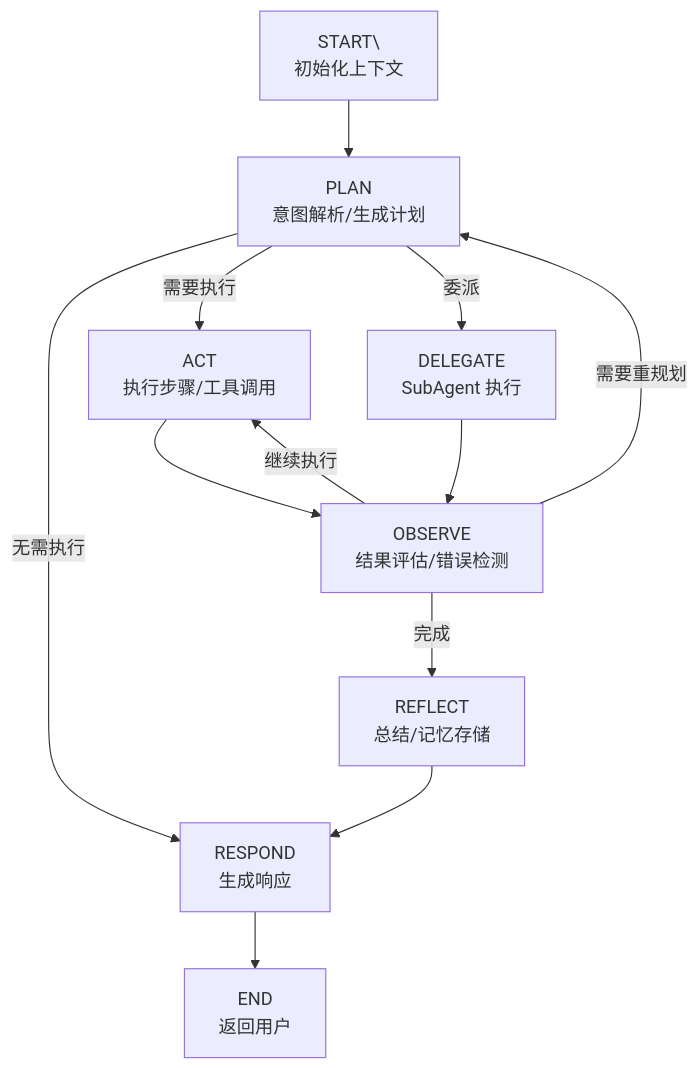
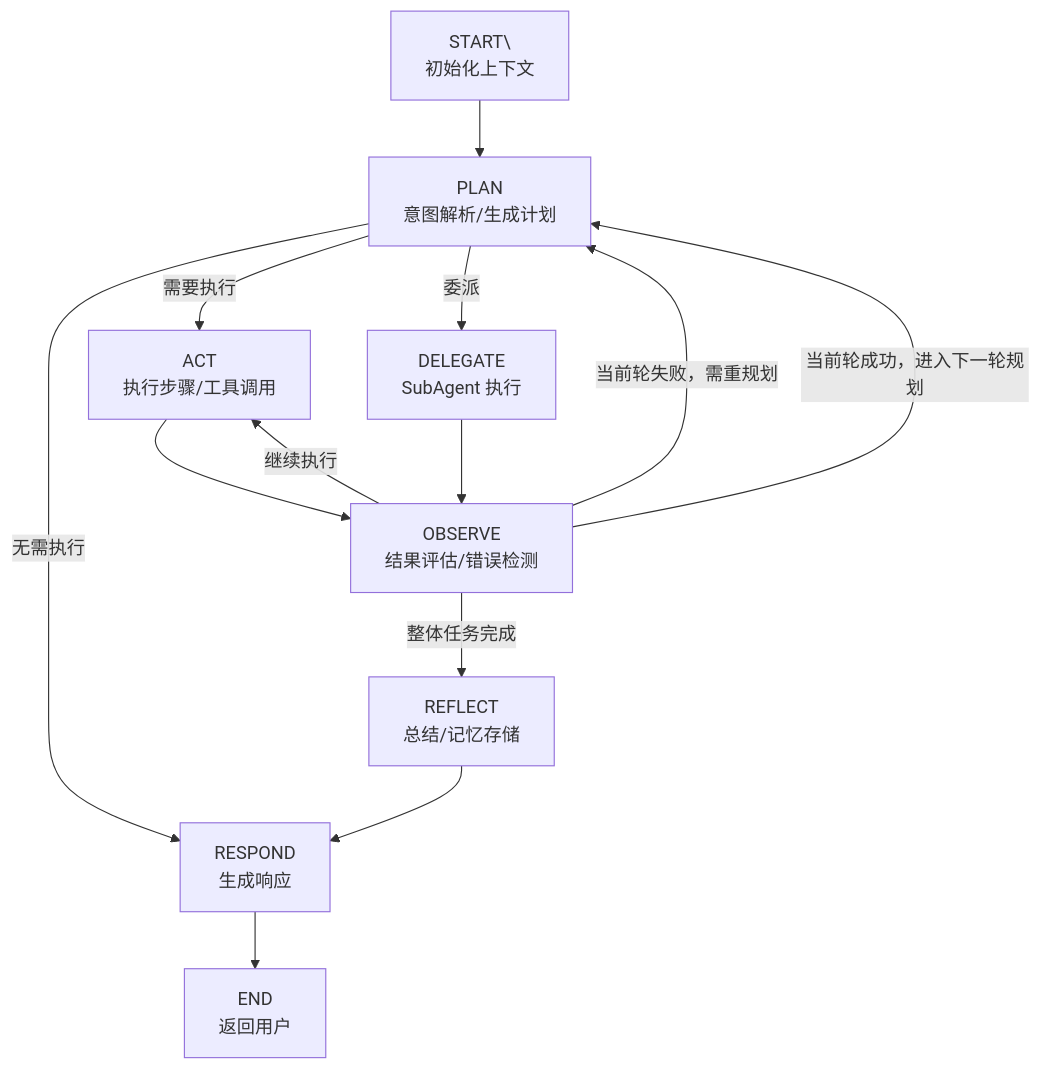
The third of 3 diagrams in docs/design/AGENT_RUNTIME.md (GoatGit/semibot), drawn with Mermaid before and after one commit. The commit also changed other lines of this file and 69 other files, not shown here.

````diff
--- a/docs/design/AGENT_RUNTIME.md
+++ b/docs/design/AGENT_RUNTIME.md
@@ -71,14 +72,15 @@
 ```mermaid
 flowchart TD
     A["START\\n初始化上下文"] --> B["PLAN\n意图解析/生成计划"]
     B -->|无需执行| H["RESPOND\n生成响应"]
     B -->|需要执行| C["ACT\n执行步骤/工具调用"]
     B -->|委派| D["DELEGATE\nSubAgent 执行"]
     C --> E["OBSERVE\n结果评估/错误检测"]
     D --> E
-    E -->|需要重规划| B
+    E -->|当前轮失败，需重规划| B
+    E -->|当前轮成功，进入下一轮规划| B
     E -->|继续执行| C
-    E -->|完成| F["REFLECT\n总结/记忆存储"]
+    E -->|整体任务完成| F["REFLECT\n总结/记忆存储"]
     F --> H
     H --> Z["END\n返回用户"]
 ```
````
